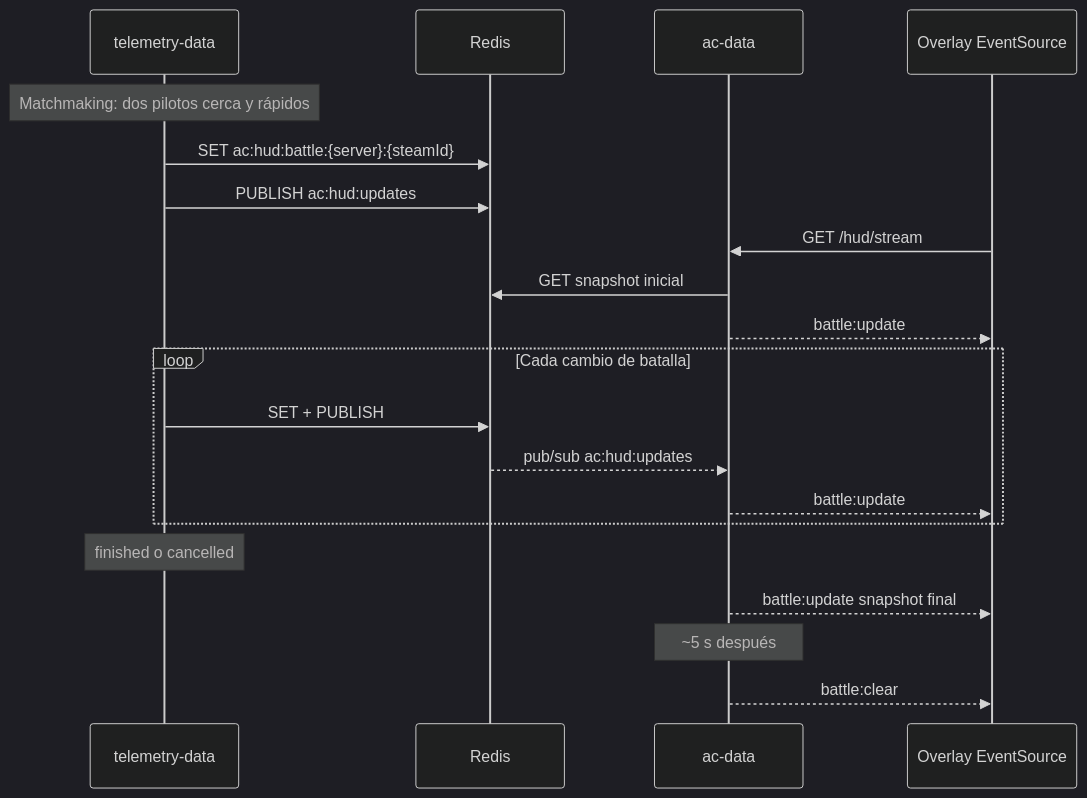
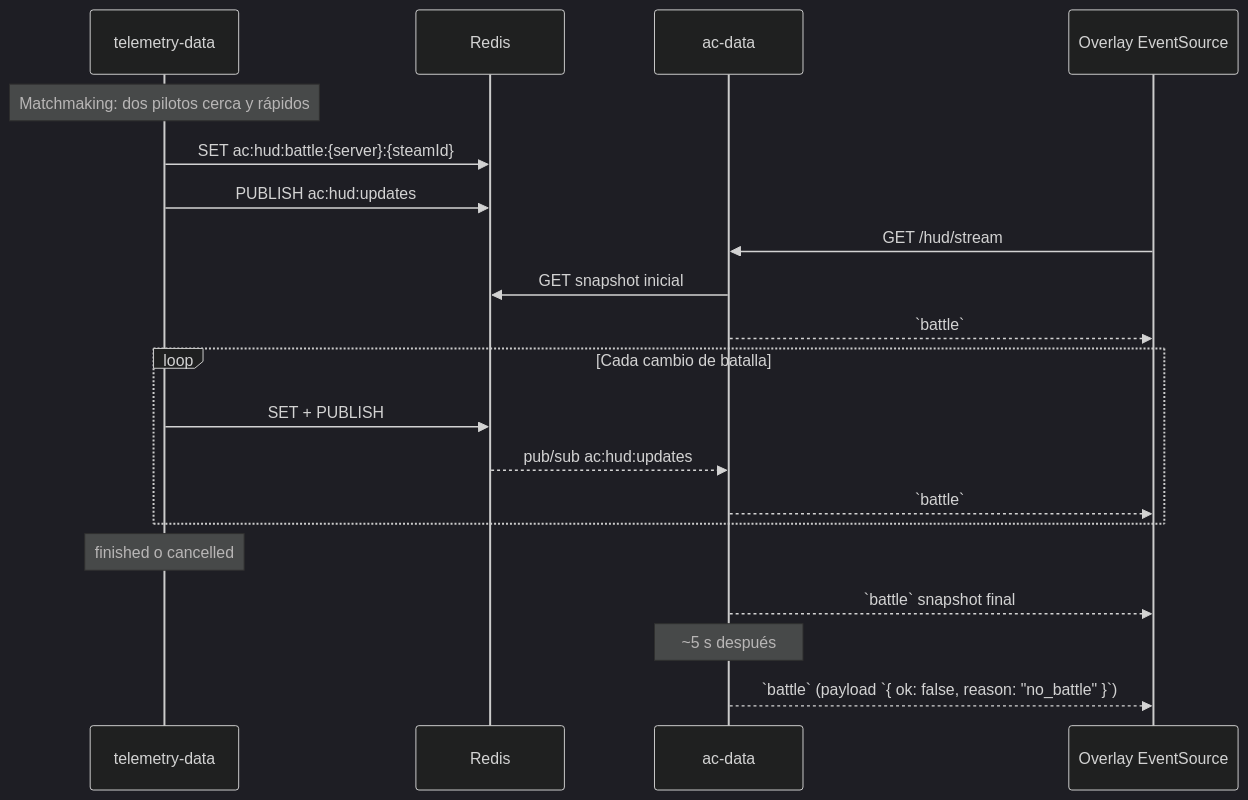
One commit to Porx312/docker-infrasture-assetto-corsa changed the diagram in docs/HUD_BATTLE_INTEGRATION.md. Above: the diagram before and after it, drawn with Mermaid (dark theme). The commit also changed other lines of this file and 61 other files, not shown here.

````diff
--- a/docs/HUD_BATTLE_INTEGRATION.md
+++ b/docs/HUD_BATTLE_INTEGRATION.md
@@ -25,23 +25,23 @@
 ```mermaid
 sequenceDiagram
   participant TM as telemetry-data
   participant R as Redis
   participant AD as ac-data
   participant HUD as Overlay EventSource
 
   Note over TM: Matchmaking: dos pilotos cerca y rápidos
   TM->>R: SET ac:hud:battle:{server}:{steamId}
   TM->>R: PUBLISH ac:hud:updates
   HUD->>AD: GET /hud/stream
   AD->>R: GET snapshot inicial
-  AD-->>HUD: battle:update
+  AD-->>HUD: `battle`
   loop Cada cambio de batalla
     TM->>R: SET + PUBLISH
     R-->>AD: pub/sub ac:hud:updates
-    AD-->>HUD: battle:update
+    AD-->>HUD: `battle`
   end
   Note over TM: finished o cancelled
-  AD-->>HUD: battle:update snapshot final
+  AD-->>HUD: `battle` snapshot final
   Note over AD: ~5 s después
-  AD-->>HUD: battle:clear
+  AD-->>HUD: `battle` (payload `{ ok: false, reason: "no_battle" }`)
 ```
````
